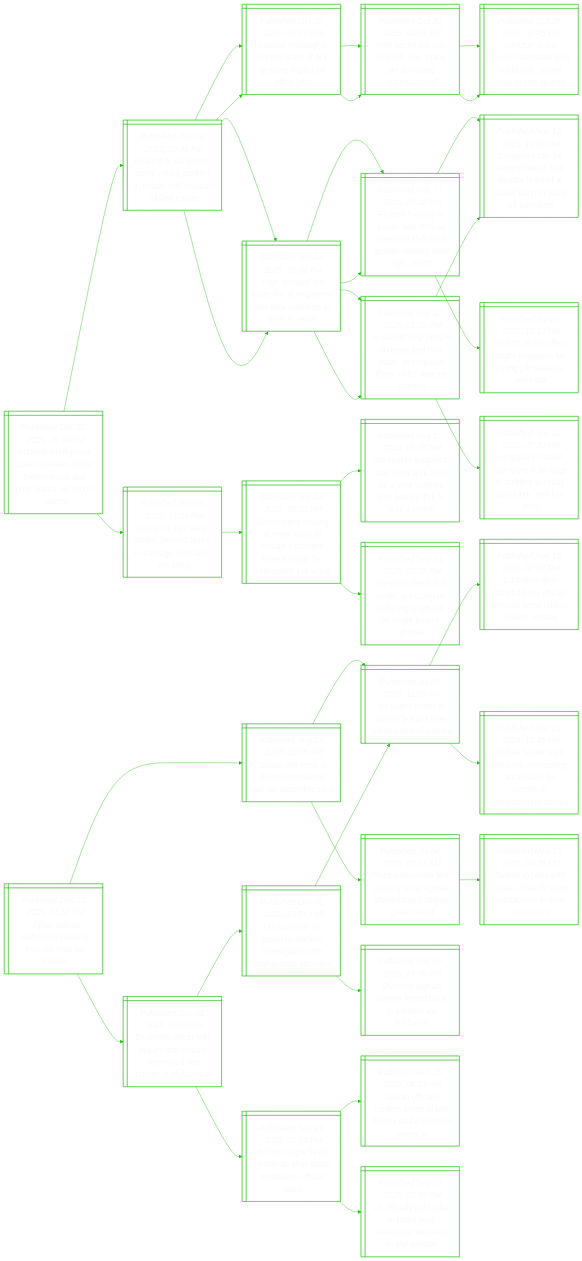
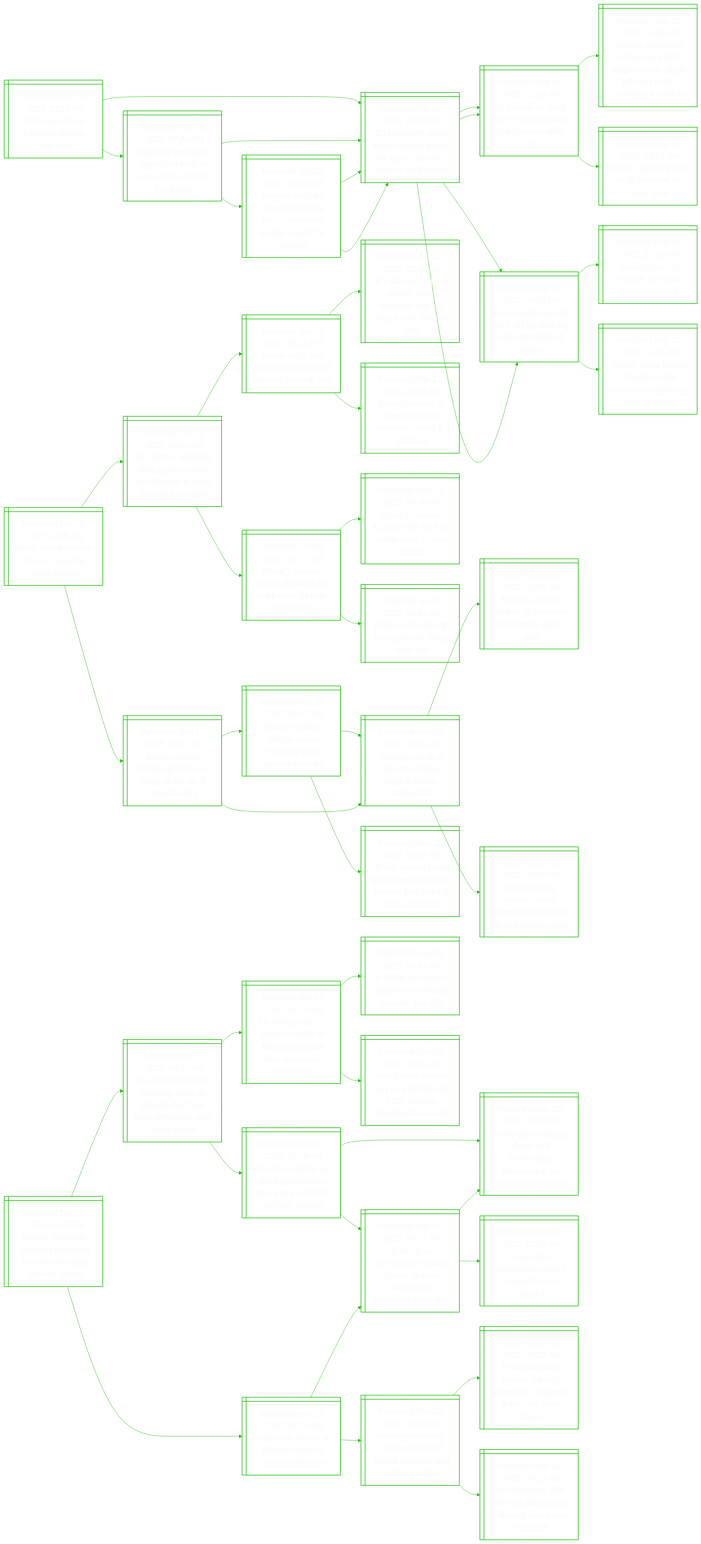
One commit to notJmes/notJmes changed the diagram in README.md. Above: the diagram before and after it, drawn with Mermaid. The commit also changed other lines of this file, not shown here.

````diff
--- a/README.md
+++ b/README.md
@@ -16,118 +16,142 @@
 flowchart LR
 classDef txtsize font-size:20px;
 
-AiilclrdeecptUor@{ shape: win-pane, label: "_Published Dec 02, 2025, 06:44 PM_
-Artificial intelligence could increase divide between rich and poor states, un report warns" }
-Fnosmnknaiwsed@{ shape: win-pane, label: "_Published Dec 02, 2025, 03:45 PM_
-Fearing ai job losses, some young workers in britain shift towards skilled trades" }
-Bishpwfrgcfj@{ shape: win-pane, label: "_Published Oct 30, 2025, 05:10 PM_
-‘bloodied onslaughts’: experts warn of ai’s growing impact on office jobs" }
-TejtoyItdn@{ shape: win-pane, label: "_Published Oct 30, 2025, 04:15 PM_
-Tech sector job cuts in 2025: how many are ai-related redundancies?" }
-Heflknedstite@{ shape: win-pane, label: "_Published Nov 14, 2025, 05:06 PM_
-High demand for roles like ai engineers and data scientists in fintech: report" }
-Fcdnnsvrfmtstpo@{ shape: win-pane, label: "_Published Nov 13, 2025, 07:10 PM_
-Fintech funding in asean falls 36% as investors shift from growth-chasing start-ups: report" }
-AulpmntercmWCg@{ shape: win-pane, label: "_Published Nov 12, 2025, 01:55 PM_
-Ai should help people do more and do it faster, not replace them: uob’s wee ee cheong" }
-SpaiobdsnnlM@{ shape: win-pane, label: "_Published Nov 19, 2025, 11:59 PM_
-Singapore has varied toolkit, beyond taxes, to manage inequality: pm wong" }
-GnlnoynSavurrtn@{ shape: win-pane, label: "_Published Sep 24, 2025, 05:53 PM_
-Government looking at more ways to ensure s’poreans have enough for retirement: pm wong" }
-JeutaoiSwredeo@{ shape: win-pane, label: "_Published Aug 27, 2024, 05:30 PM_
-Job seeker support to start from april 2025 for s’pore workers who earned $5k or less a month" }
-WtkcPgdganlmd@{ shape: win-pane, label: "_Published Sep 24, 2025, 07:33 PM_
-‘we must break this cycle’: pm wong on reducing emphasis on single exams, grades" }
+Eyncpian@{ shape: win-pane, label: "_Published Dec 02, 2025, 11:15 PM_
+Ecb says cannot backstop ukraine loan plan" }
+Elrgessfakeoau@{ shape: win-pane, label: "_Published Oct 01, 2025, 09:29 PM_
+Eu mulls over using frozen russian assets for loan to ukraine, wary of legal issues" }
+Eoufnisoker@{ shape: win-pane, label: "_Published Aug 31, 2025, 12:28 AM_
+Eu to work on using frozen russian assets to aid ukraine after war" }
+Unpsukrcyaleniin@{ shape: win-pane, label: "_Published Aug 30, 2025, 04:43 AM_
+Ukraine completes rescue work after attack on kyiv; death toll rises to 25, including 4 children" }
+Feawpuou@{ shape: win-pane, label: "_Published Aug 29, 2025, 10:53 PM_
+France, germany vow to up pressure on ‘ogre’ putin" }
+Rasptlfnttss@{ shape: win-pane, label: "_Published Sep 15, 2025, 04:05 PM_
+Russia warns europe that it will go after any state that takes its assets" }
+DsruasvUn@{ shape: win-pane, label: "_Published Feb 24, 2022, 11:01 AM_
+'darkest hours of europe' as russia invades ukraine" }
+Tnainreumnvsr@{ shape: win-pane, label: "_Published Sep 12, 2025, 04:03 PM_
+Taiwan, china foreign ministers make unusual simultaneous visits to europe" }
+BudnnpountUn@{ shape: win-pane, label: "_Published Nov 28, 2025, 07:44 PM_
+Belgium’s pm digs in against eu push to use russian assets for ukraine" }
+Elrgessfakeoau@{ shape: win-pane, label: "_Published Oct 01, 2025, 09:29 PM_
+Eu mulls over using frozen russian assets for loan to ukraine, wary of legal issues" }
+Eoufnisoker@{ shape: win-pane, label: "_Published Aug 31, 2025, 12:28 AM_
+Eu to work on using frozen russian assets to aid ukraine after war" }
+Rasptlfnttss@{ shape: win-pane, label: "_Published Sep 15, 2025, 04:05 PM_
+Russia warns europe that it will go after any state that takes its assets" }
+Busauasszsaske@{ shape: win-pane, label: "_Published Oct 02, 2025, 08:50 PM_
+Belgium says eu states must share risk to use frozen russian assets for ukraine" }
+Elrgessfakeoau@{ shape: win-pane, label: "_Published Oct 01, 2025, 09:29 PM_
+Eu mulls over using frozen russian assets for loan to ukraine, wary of legal issues" }
+Elrgessfakeoau@{ shape: win-pane, label: "_Published Oct 01, 2025, 09:29 PM_
+Eu mulls over using frozen russian assets for loan to ukraine, wary of legal issues" }
 
-AiilclrdeecptUor:::txtsize --> Fnosmnknaiwsed:::txtsize
-Fnosmnknaiwsed:::txtsize --> Bishpwfrgcfj:::txtsize
-Bishpwfrgcfj:::txtsize --> TejtoyItdn:::txtsize
-Fnosmnknaiwsed:::txtsize --> Heflknedstite:::txtsize
-Heflknedstite:::txtsize --> Fcdnnsvrfmtstpo:::txtsize
-Heflknedstite:::txtsize --> AulpmntercmWCg:::txtsize
-AiilclrdeecptUor:::txtsize --> SpaiobdsnnlM:::txtsize
-SpaiobdsnnlM:::txtsize --> GnlnoynSavurrtn:::txtsize
-GnlnoynSavurrtn:::txtsize --> JeutaoiSwredeo:::txtsize
-GnlnoynSavurrtn:::txtsize --> WtkcPgdganlmd:::txtsize
+Eyncpian:::txtsize --> Elrgessfakeoau:::txtsize
+Elrgessfakeoau:::txtsize --> Eoufnisoker:::txtsize
+Eoufnisoker:::txtsize --> Unpsukrcyaleniin:::txtsize
+Eoufnisoker:::txtsize --> Feawpuou:::txtsize
+Elrgessfakeoau:::txtsize --> Rasptlfnttss:::txtsize
+Rasptlfnttss:::txtsize --> DsruasvUn:::txtsize
+Rasptlfnttss:::txtsize --> Tnainreumnvsr:::txtsize
+Eyncpian:::txtsize --> BudnnpountUn:::txtsize
+BudnnpountUn:::txtsize --> Elrgessfakeoau:::txtsize
+Elrgessfakeoau:::txtsize --> Eoufnisoker:::txtsize
+Elrgessfakeoau:::txtsize --> Rasptlfnttss:::txtsize
+BudnnpountUn:::txtsize --> Busauasszsaske:::txtsize
+Busauasszsaske:::txtsize --> Elrgessfakeoau:::txtsize
+Busauasszsaske:::txtsize --> Elrgessfakeoau:::txtsize
 
-Anbttulcamr@{ shape: win-pane, label: "_Published Dec 02, 2025, 04:52 PM_
-Afghan taliban authorities publicly execute man for murder" }
-TaftettlSha@{ shape: win-pane, label: "_Published Aug 14, 2025, 05:18 AM_
-Taliban use force to divert international aid, us watchdog says" }
-Ierfbaoeuoe@{ shape: win-pane, label: "_Published Jul 08, 2025, 11:19 PM_
-Icc seeks arrest of taliban leaders over persecution of women" }
-molnohhsTaue@{ shape: win-pane, label: "_Published Aug 15, 2024, 02:17 PM_
-1.4 million girls banned from afghan schools since taliban return: unesco" }
-Tadndvoauyniuh@{ shape: win-pane, label: "_Published Dec 29, 2024, 10:45 PM_
-Taliban leader bans windows overlooking areas used by women in neighbouring homes" }
-Ramrutoeaalgn@{ shape: win-pane, label: "_Published Jul 04, 2025, 03:21 AM_
-Russia becomes first country to recognise afghanistan’s taliban government" }
-Taaishodninles@{ shape: win-pane, label: "_Published May 23, 2025, 04:38 PM_
-Taliban in talks with russia, china for trade transactions in local currencies" }
-EtfrsiaictamAnn@{ shape: win-pane, label: "_Published Dec 01, 2025, 08:09 AM_
-Ex-british officer tells inquiry that military committed war crimes in afghanistan" }
-Ueoaaitithtri@{ shape: win-pane, label: "_Published Oct 06, 2025, 03:56 PM_
-Un to decide on broad eu-backed investigation into afghanistan atrocities" }
-Ierfbaoeuoe@{ shape: win-pane, label: "_Published Jul 08, 2025, 11:19 PM_
-Icc seeks arrest of taliban leaders over persecution of women" }
-Dcgooboihn@{ shape: win-pane, label: "_Published Mar 06, 2023, 01:26 PM_
-Divorced afghan women forced back to abusive ex-husbands" }
-BspeTaeadois@{ shape: win-pane, label: "_Published Sep 19, 2025, 07:50 PM_
-British couple freed by taliban after qatari mediation, official says" }
-TaisirfrsCsr@{ shape: win-pane, label: "_Published Feb 25, 2025, 08:55 AM_
-Taliban officials confirm arrest of two britons and a chinese-american" }
-UistiuridnAnn@{ shape: win-pane, label: "_Published Sep 13, 2025, 07:50 PM_
-Us officials hold talks in kabul over americans detained in afghanistan" }
+Bstieewnro@{ shape: win-pane, label: "_Published Dec 02, 2025, 11:05 PM_
+British justice minister unveils ‘sweeping’ court reforms" }
+Uialtyesfreols@{ shape: win-pane, label: "_Published Oct 25, 2025, 03:09 AM_
+Uk minister ‘appalled’ after asylum seeker sex offender is freed from jail by mistake" }
+Fesicnoitsa@{ shape: win-pane, label: "_Published Jun 19, 2025, 05:21 PM_
+France mulls over intercepting uk-bound migrant boats at sea" }
+UasuleonruoFee@{ shape: win-pane, label: "_Published May 12, 2025, 05:36 AM_
+Uk’s starmer steps up english tests, toughens migrant rules to halt farage’s rise" }
+Rdeednars@{ shape: win-pane, label: "_Published Mar 21, 2025, 05:41 PM_
+Record number of people died on migration routes in 2024: un" }
+BiartaoesiiIn@{ shape: win-pane, label: "_Published Oct 08, 2025, 07:17 AM_
+Britain’s starmer resists demands for more visas for high-skilled indians" }
+TtoeBealt@{ shape: win-pane, label: "_Published Sep 20, 2025, 04:36 AM_
+Trump to impose $130,000 fee for h-1b worker visas in blow to tech" }
+BiIsracidi@{ shape: win-pane, label: "_Published Jul 25, 2025, 06:54 AM_
+Britain and india sign free trade pact during modi visit" }
+Biiuilnreamc@{ shape: win-pane, label: "_Published Nov 17, 2025, 06:37 AM_
+Britain reviews human rights laws in major shake-up of asylum policy" }
+Biafssouamh@{ shape: win-pane, label: "_Published Nov 16, 2025, 06:42 AM_
+Britain to make refugee status temporary under asylum overhaul" }
+ReUamitnemn@{ shape: win-pane, label: "_Published Nov 15, 2025, 08:16 AM_
+Refugees in uk to face time-limited stays in border clampdown" }
+Bsnoieameoeeot@{ shape: win-pane, label: "_Published Nov 11, 2025, 08:26 PM_
+British council loses bid to remove asylum seekers from hotel at centre of protests" }
+ReUamitnemn@{ shape: win-pane, label: "_Published Nov 15, 2025, 08:16 AM_
+Refugees in uk to face time-limited stays in border clampdown" }
+Biasspadyet@{ shape: win-pane, label: "_Published Sep 06, 2025, 01:35 AM_
+Britain’s starmer shakes up top team after deputy rayner quits" }
+Bseaitennatui@{ shape: win-pane, label: "_Published Nov 12, 2025, 08:37 PM_
+British pm keir starmer insists government is ‘united’ as plot rumours swirl" }
 
-Anbttulcamr:::txtsize --> TaftettlSha:::txtsize
-TaftettlSha:::txtsize --> Ierfbaoeuoe:::txtsize
-Ierfbaoeuoe:::txtsize --> molnohhsTaue:::txtsize
-Ierfbaoeuoe:::txtsize --> Tadndvoauyniuh:::txtsize
-TaftettlSha:::txtsize --> Ramrutoeaalgn:::txtsize
-Ramrutoeaalgn:::txtsize --> Taaishodninles:::txtsize
-Anbttulcamr:::txtsize --> EtfrsiaictamAnn:::txtsize
-EtfrsiaictamAnn:::txtsize --> Ueoaaitithtri:::txtsize
-Ueoaaitithtri:::txtsize --> Ierfbaoeuoe:::txtsize
-Ueoaaitithtri:::txtsize --> Dcgooboihn:::txtsize
-EtfrsiaictamAnn:::txtsize --> BspeTaeadois:::txtsize
-BspeTaeadois:::txtsize --> TaisirfrsCsr:::txtsize
-BspeTaeadois:::txtsize --> UistiuridnAnn:::txtsize
+Bstieewnro:::txtsize --> Uialtyesfreols:::txtsize
+Uialtyesfreols:::txtsize --> Fesicnoitsa:::txtsize
+Fesicnoitsa:::txtsize --> UasuleonruoFee:::txtsize
+Fesicnoitsa:::txtsize --> Rdeednars:::txtsize
+Uialtyesfreols:::txtsize --> BiartaoesiiIn:::txtsize
+BiartaoesiiIn:::txtsize --> TtoeBealt:::txtsize
+BiartaoesiiIn:::txtsize --> BiIsracidi:::txtsize
+Bstieewnro:::txtsize --> Biiuilnreamc:::txtsize
+Biiuilnreamc:::txtsize --> Biafssouamh:::txtsize
+Biafssouamh:::txtsize --> ReUamitnemn:::txtsize
+Biafssouamh:::txtsize --> Bsnoieameoeeot:::txtsize
+Biiuilnreamc:::txtsize --> ReUamitnemn:::txtsize
+ReUamitnemn:::txtsize --> Biasspadyet:::txtsize
+ReUamitnemn:::txtsize --> Bseaitennatui:::txtsize
 
-Fnosmnknaiwsed@{ shape: win-pane, label: "_Published Dec 02, 2025, 03:45 PM_
-Fearing ai job losses, some young workers in britain shift towards skilled trades" }
-Bishpwfrgcfj@{ shape: win-pane, label: "_Published Oct 30, 2025, 05:10 PM_
-‘bloodied onslaughts’: experts warn of ai’s growing impact on office jobs" }
-TejtoyItdn@{ shape: win-pane, label: "_Published Oct 30, 2025, 04:15 PM_
-Tech sector job cuts in 2025: how many are ai-related redundancies?" }
-Antojoioyee@{ shape: win-pane, label: "_Published Oct 28, 2025, 09:45 PM_
-Amazon to cut 14,000 corporate jobs worldwide, s’pore may not be spared" }
-Antojoioyee@{ shape: win-pane, label: "_Published Oct 28, 2025, 09:45 PM_
-Amazon to cut 14,000 corporate jobs worldwide, s’pore may not be spared" }
-Heflknedstite@{ shape: win-pane, label: "_Published Nov 14, 2025, 05:06 PM_
-High demand for roles like ai engineers and data scientists in fintech: report" }
-Fcdnnsvrfmtstpo@{ shape: win-pane, label: "_Published Nov 13, 2025, 07:10 PM_
-Fintech funding in asean falls 36% as investors shift from growth-chasing start-ups: report" }
-SpaofcdtrIlsFet@{ shape: win-pane, label: "_Published Nov 12, 2025, 10:00 PM_
-Singapore can be world’s fintech hub despite fears of ai bubble burst in 2026: sff panellists" }
-Fctfrpeonsri@{ shape: win-pane, label: "_Published Jul 29, 2025, 10:10 PM_
-Fintech sector offers bright prospects for young job seekers: alvin tan" }
-AulpmntercmWCg@{ shape: win-pane, label: "_Published Nov 12, 2025, 01:55 PM_
-Ai should help people do more and do it faster, not replace them: uob’s wee ee cheong" }
-SpaofcdtrIlsFet@{ shape: win-pane, label: "_Published Nov 12, 2025, 10:00 PM_
-Singapore can be world’s fintech hub despite fears of ai bubble burst in 2026: sff panellists" }
-Spssitguneorno@{ shape: win-pane, label: "_Published Nov 12, 2025, 07:30 PM_
-Singapore’s small size gives it an edge in building ai-ready workforce: gan kim yong" }
+FrurerduldUs@{ shape: win-pane, label: "_Published Dec 02, 2025, 10:45 PM_
+Former honduran president pardoned by trump released from us prison" }
+Uirdotoeramzsho@{ shape: win-pane, label: "_Published Dec 02, 2025, 04:09 AM_
+Us admiral ordered follow-up strike on alleged drug boat from venezuela, says white house" }
+UikperngutVura@{ shape: win-pane, label: "_Published Sep 03, 2025, 04:19 AM_
+Us military kills 11 people in strike on alleged drug boat from venezuela, trump says" }
+Ulfsrafapay@{ shape: win-pane, label: "_Published Aug 30, 2025, 03:43 AM_
+Us builds up forces in caribbean as officials, experts, ask why" }
+VuMoUswieggoy@{ shape: win-pane, label: "_Published Sep 02, 2025, 01:19 AM_
+Venezuela’s maduro says us warships with 1,200 missiles targeting his country" }
+VulScpifromlMo@{ shape: win-pane, label: "_Published Dec 01, 2025, 07:49 AM_
+Venezuela slams us attack preparations after trump confirms call with maduro" }
+Tsicvsugztliee@{ shape: win-pane, label: "_Published Nov 29, 2025, 09:19 PM_
+Trump says airspace above and surrounding venezuela to be closed in its entirety" }
+UgVuMoceoyRllk@{ shape: win-pane, label: "_Published Dec 01, 2025, 05:07 AM_
+Us has given venezuela’s maduro chance to leave country, says republican lawmaker" }
+HroacTiiie@{ shape: win-pane, label: "_Published Dec 01, 2025, 01:54 AM_
+Hondurans vote in an election trump is trying to influence" }
+UgVuMoceoyRllk@{ shape: win-pane, label: "_Published Dec 01, 2025, 05:07 AM_
+Us has given venezuela’s maduro chance to leave country, says republican lawmaker" }
+Tsicvsugztliee@{ shape: win-pane, label: "_Published Nov 29, 2025, 09:19 PM_
+Trump says airspace above and surrounding venezuela to be closed in its entirety" }
+Hunllyoat@{ shape: win-pane, label: "_Published Nov 30, 2025, 12:09 AM_
+How could venezuela’s military respond to a us attack?" }
+PehtGddrartern@{ shape: win-pane, label: "_Published Nov 28, 2025, 02:03 AM_
+Pete hegseth visits uss gerald r. ford aircraft carrier in latin america region" }
+Nnalsiydttteiu@{ shape: win-pane, label: "_Published Nov 27, 2025, 04:33 AM_
+2 national guard soldiers critically wounded in ‘targeted’ attack near white house" }
+Uddrngufialhe@{ shape: win-pane, label: "_Published Nov 14, 2025, 06:32 AM_
+Us conducted 20th strike on alleged drug trafficking boat earlier this week" }
 
-Fnosmnknaiwsed:::txtsize --> Bishpwfrgcfj:::txtsize
-Bishpwfrgcfj:::txtsize --> TejtoyItdn:::txtsize
-TejtoyItdn:::txtsize --> Antojoioyee:::txtsize
-TejtoyItdn:::txtsize --> Antojoioyee:::txtsize
-Fnosmnknaiwsed:::txtsize --> Heflknedstite:::txtsize
-Heflknedstite:::txtsize --> Fcdnnsvrfmtstpo:::txtsize
-Fcdnnsvrfmtstpo:::txtsize --> SpaofcdtrIlsFet:::txtsize
-Fcdnnsvrfmtstpo:::txtsize --> Fctfrpeonsri:::txtsize
-Heflknedstite:::txtsize --> AulpmntercmWCg:::txtsize
-AulpmntercmWCg:::txtsize --> SpaofcdtrIlsFet:::txtsize
-AulpmntercmWCg:::txtsize --> Spssitguneorno:::txtsize
+FrurerduldUs:::txtsize --> Uirdotoeramzsho:::txtsize
+Uirdotoeramzsho:::txtsize --> UikperngutVura:::txtsize
+UikperngutVura:::txtsize --> Ulfsrafapay:::txtsize
+UikperngutVura:::txtsize --> VuMoUswieggoy:::txtsize
+Uirdotoeramzsho:::txtsize --> VulScpifromlMo:::txtsize
+VulScpifromlMo:::txtsize --> Tsicvsugztliee:::txtsize
+VulScpifromlMo:::txtsize --> UgVuMoceoyRllk:::txtsize
+FrurerduldUs:::txtsize --> HroacTiiie:::txtsize
+HroacTiiie:::txtsize --> UgVuMoceoyRllk:::txtsize
+UgVuMoceoyRllk:::txtsize --> Tsicvsugztliee:::txtsize
+UgVuMoceoyRllk:::txtsize --> Hunllyoat:::txtsize
+HroacTiiie:::txtsize --> PehtGddrartern:::txtsize
+PehtGddrartern:::txtsize --> Nnalsiydttteiu:::txtsize
+PehtGddrartern:::txtsize --> Uddrngufialhe:::txtsize
 
 ```
````
